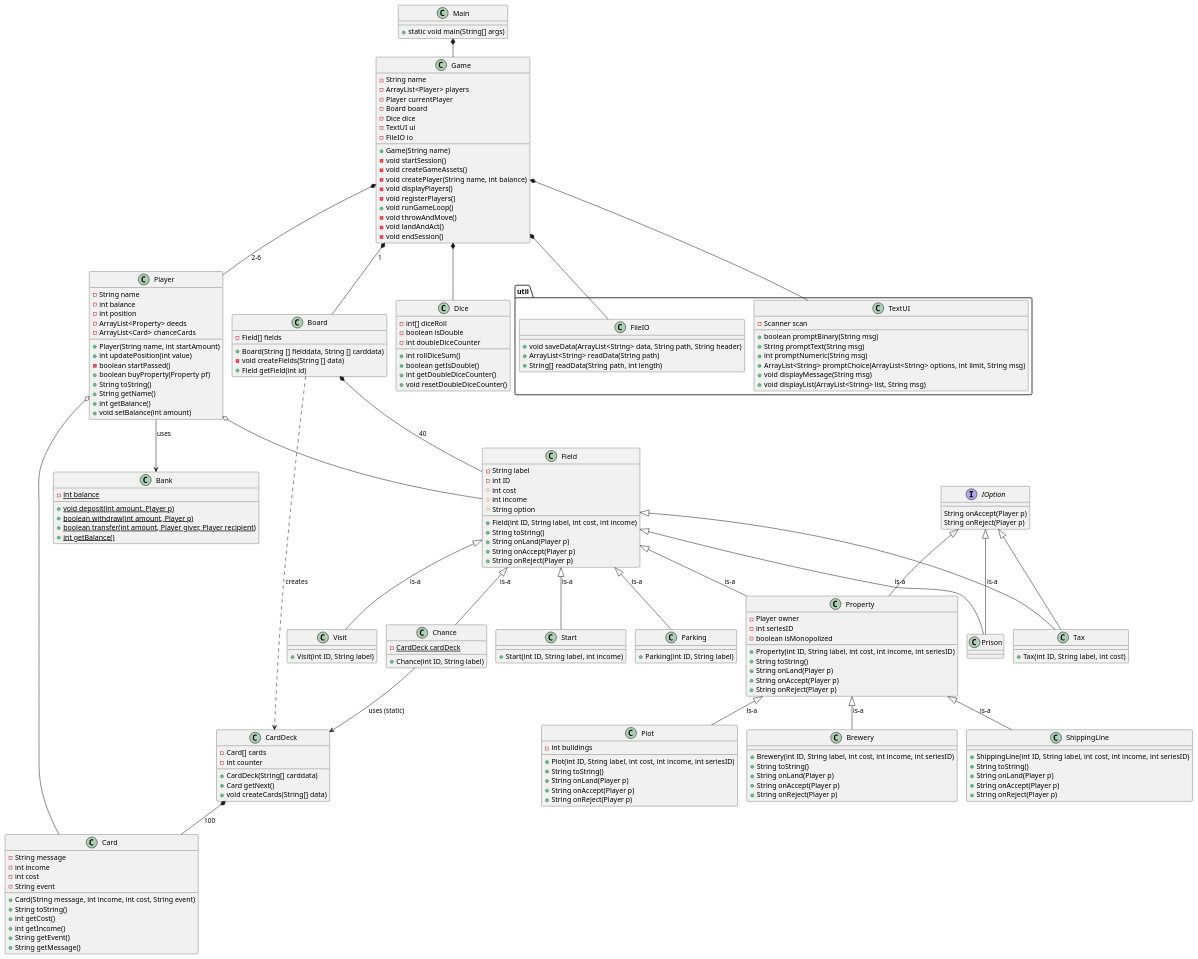
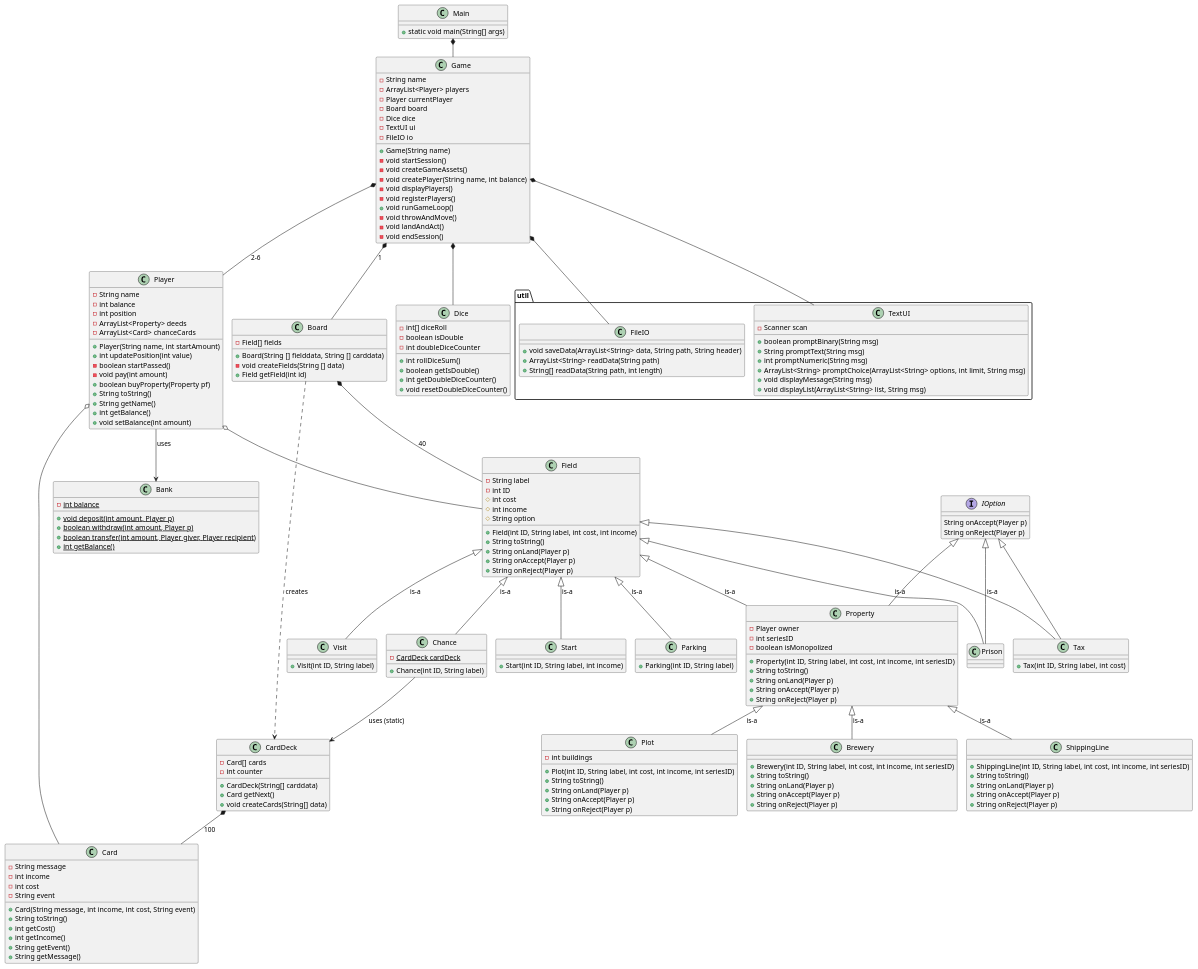
One commit to Dat1Cphbusiness/MonopolyE26 changed the diagram in doc/static/classdiagram_v2.puml. Above: the diagram before and after it, drawn with PlantUML.

```diff
--- a/doc/static/classdiagram_v2.puml
+++ b/doc/static/classdiagram_v2.puml
@@ -40,6 +40,7 @@
 + Player(String name, int startAmount)
 + int updatePosition(int value)
 - boolean startPassed()
+- void pay(int amount)
 + boolean buyProperty(Property pf)
 + String toString()
 + String getName()
```
